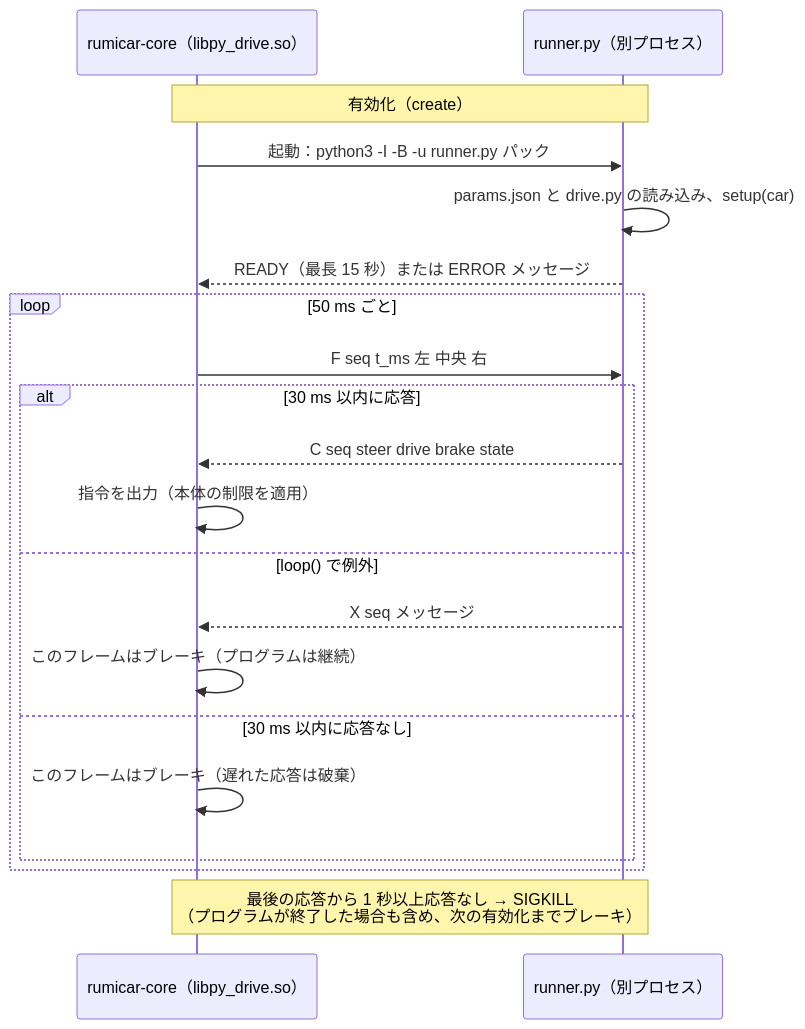
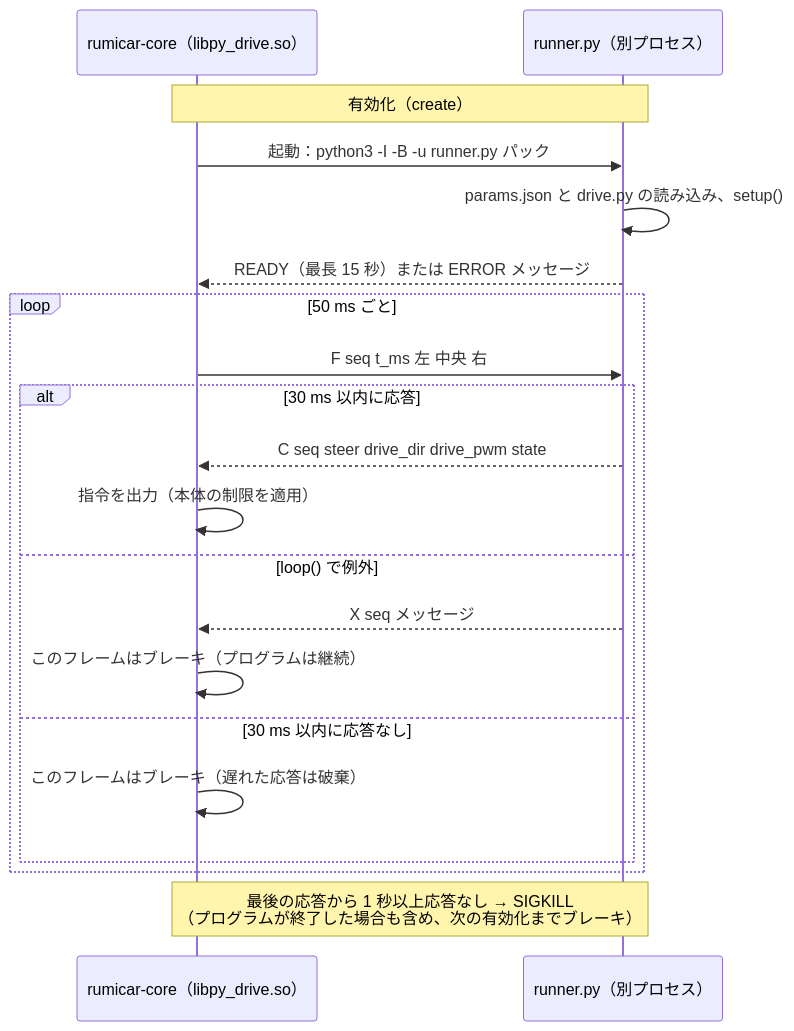
One commit to RumiCar-group/RumiCar-Zero2Cam changed the diagram in docs/figures/ja/09-py-drive.mmd. Above: the diagram before and after it, drawn with Mermaid. The commit also changed 8 other files, not shown here.

```diff
--- a/docs/figures/ja/09-py-drive.mmd
+++ b/docs/figures/ja/09-py-drive.mmd
@@ -1,20 +1,20 @@
 sequenceDiagram
     participant C as rumicar-core（libpy_drive.so）
     participant R as runner.py（別プロセス）
     Note over C,R: 有効化（create）
     C->>R: 起動：python3 -I -B -u runner.py パック
-    R->>R: params.json と drive.py の読み込み、setup(car)
+    R->>R: params.json と drive.py の読み込み、setup()
     R-->>C: READY（最長 15 秒）または ERROR メッセージ
     loop 50 ms ごと
         C->>R: F seq t_ms 左 中央 右
         alt 30 ms 以内に応答
-            R-->>C: C seq steer drive brake state
+            R-->>C: C seq steer drive_dir drive_pwm state
             C->>C: 指令を出力（本体の制限を適用）
         else loop() で例外
             R-->>C: X seq メッセージ
             C->>C: このフレームはブレーキ（プログラムは継続）
         else 30 ms 以内に応答なし
             C->>C: このフレームはブレーキ（遅れた応答は破棄）
         end
     end
     Note over C,R: 最後の応答から 1 秒以上応答なし → SIGKILL<br/>（プログラムが終了した場合も含め、次の有効化までブレーキ）
```
